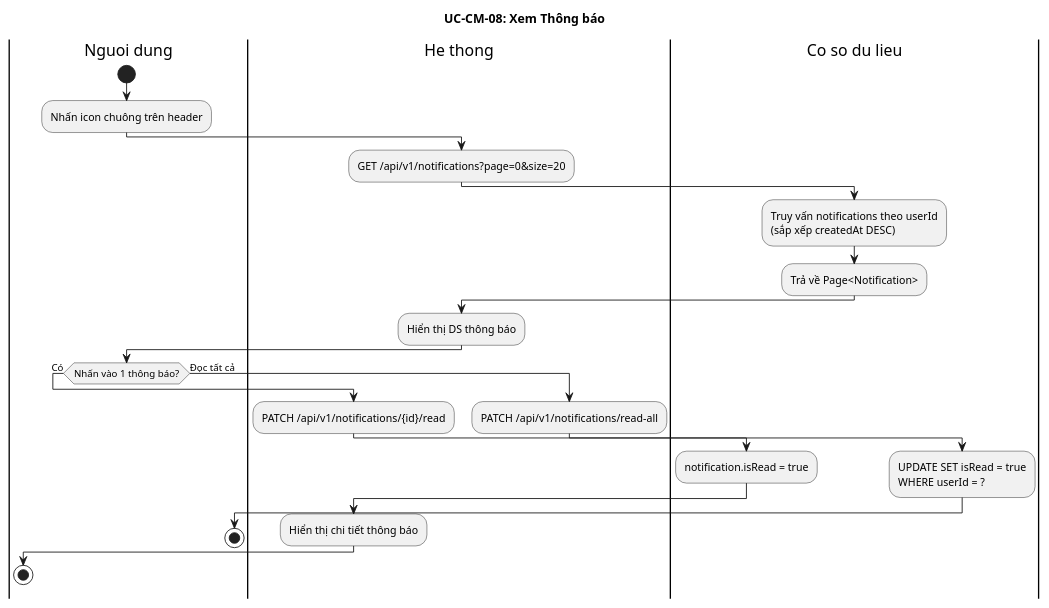
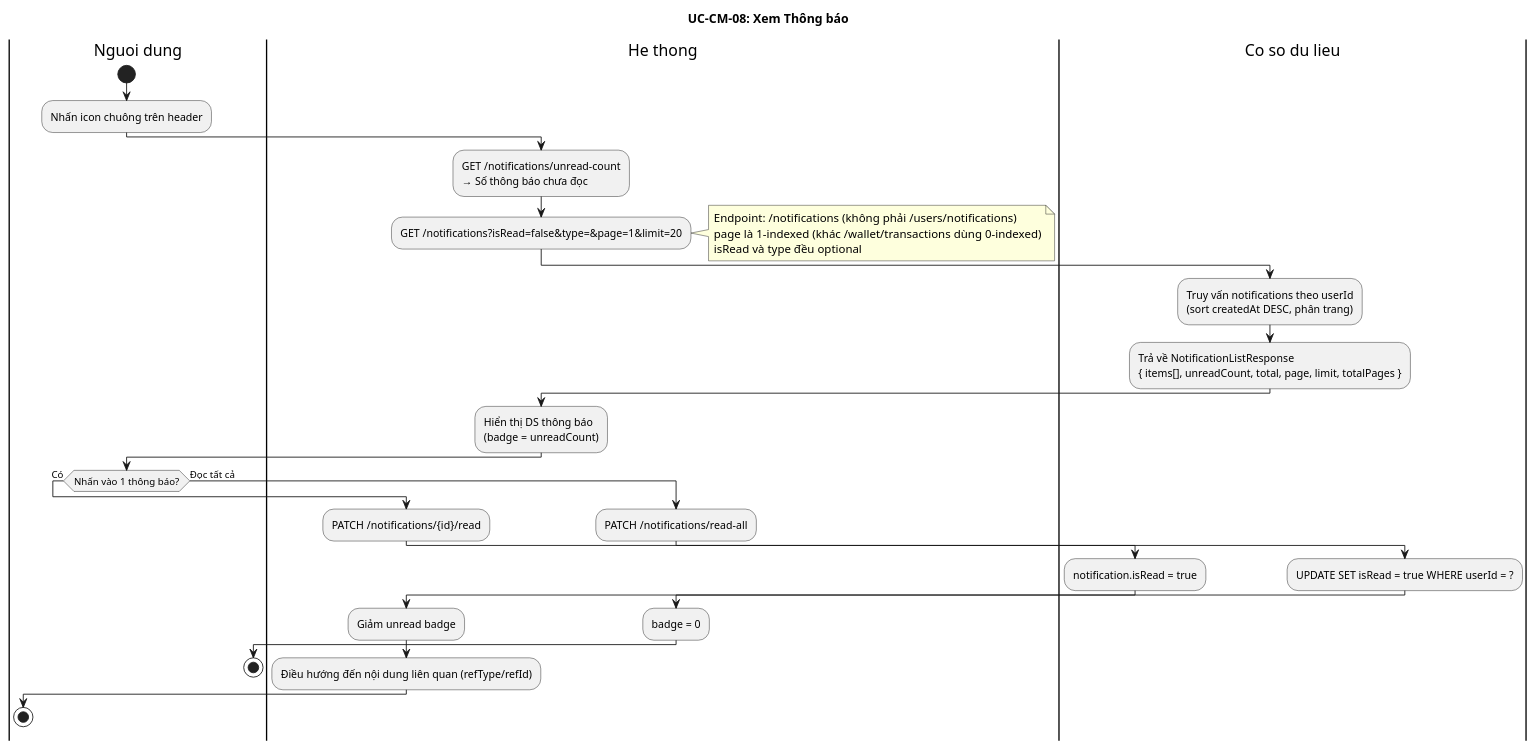
One commit to Quoosc/INTERNAL_FINANCIAL_CASHFLOW_MANAGEMENT_SYSTEM_USING_INTERNAL_WALLET_MODEL_FRONTEND changed the diagram in docs/diagrams/activity/UC-CM-08_ViewNotifications.puml. Above: the diagram before and after it, drawn with PlantUML. The commit also changed 55 other files, not shown here.

```diff
--- a/docs/diagrams/activity/UC-CM-08_ViewNotifications.puml
+++ b/docs/diagrams/activity/UC-CM-08_ViewNotifications.puml
@@ -1,42 +1,57 @@
-@startuml UC-CM-08: Xem Thong bao
+@startuml
 
 title UC-CM-08: Xem Thông báo
 
 |Nguoi dung|
 start
 :Nhấn icon chuông trên header;
 
 |He thong|
-:GET /api/v1/notifications?page=0&size=20;
+:GET /notifications/unread-count
+→ Số thông báo chưa đọc;
+:GET /notifications?isRead=false&type=&page=1&limit=20;
+note right
+  Endpoint: /notifications (không phải /users/notifications)
+  page là 1-indexed (khác /wallet/transactions dùng 0-indexed)
+  isRead và type đều optional
+end note
 
 |Co so du lieu|
-:Truy vấn notifications theo userId\n(sắp xếp createdAt DESC);
-:Trả về Page<Notification>;
+:Truy vấn notifications theo userId
+(sort createdAt DESC, phân trang);
+:Trả về NotificationListResponse
+{ items[], unreadCount, total, page, limit, totalPages };
 
 |He thong|
-:Hiển thị DS thông báo;
+:Hiển thị DS thông báo
+(badge = unreadCount);
 
 |Nguoi dung|
 if (Nhấn vào 1 thông báo?) then (Có)
   |He thong|
-  :PATCH /api/v1/notifications/{id}/read;
+  :PATCH /notifications/{id}/read;
 
   |Co so du lieu|
   :notification.isRead = true;
 
   |He thong|
-  :Hiển thị chi tiết thông báo;
+  :Giảm unread badge;
+  :Điều hướng đến nội dung liên quan (refType/refId);
+
   |Nguoi dung|
   stop
 else (Đọc tất cả)
   |He thong|
-  :PATCH /api/v1/notifications/read-all;
+  :PATCH /notifications/read-all;
 
   |Co so du lieu|
-  :UPDATE SET isRead = true\nWHERE userId = ?;
+  :UPDATE SET isRead = true WHERE userId = ?;
+
+  |He thong|
+  :badge = 0;
 
   |Nguoi dung|
   stop
 endif
 
 @enduml
```
